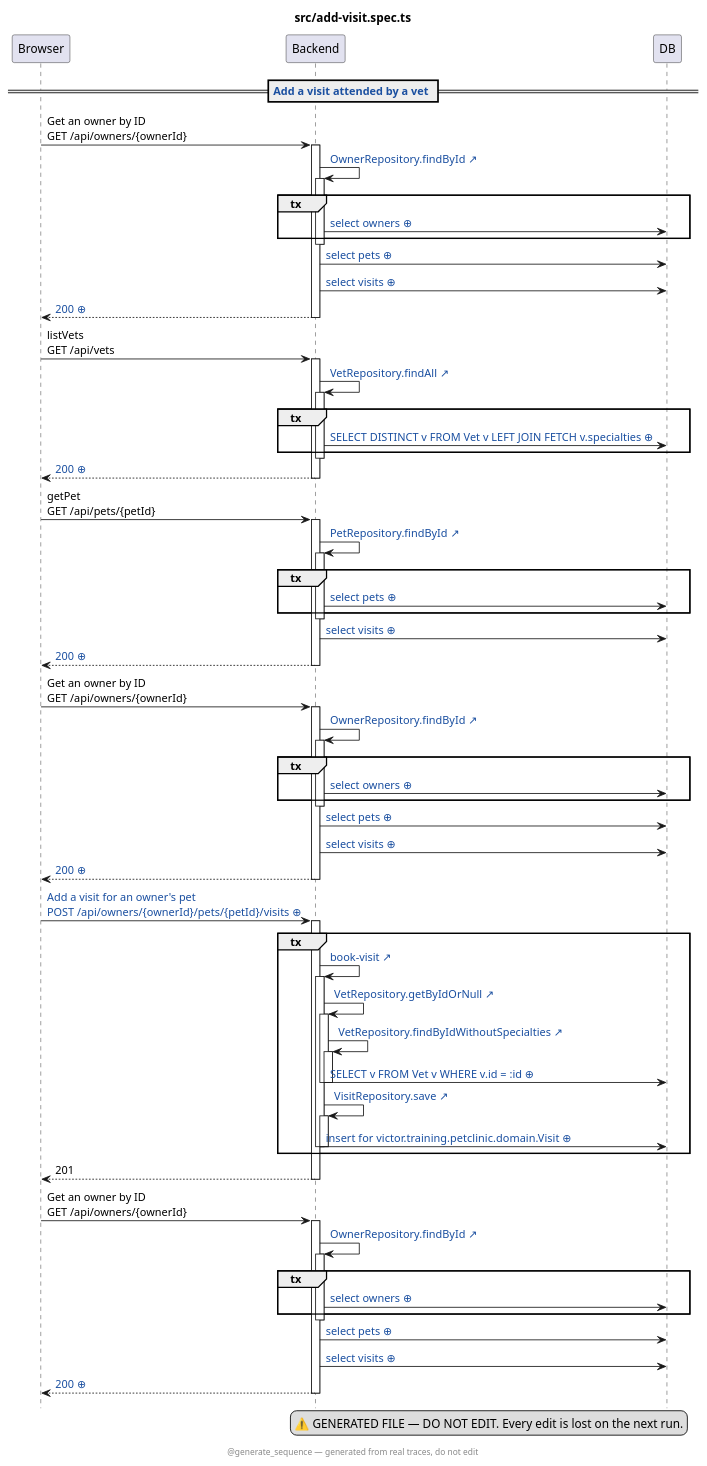
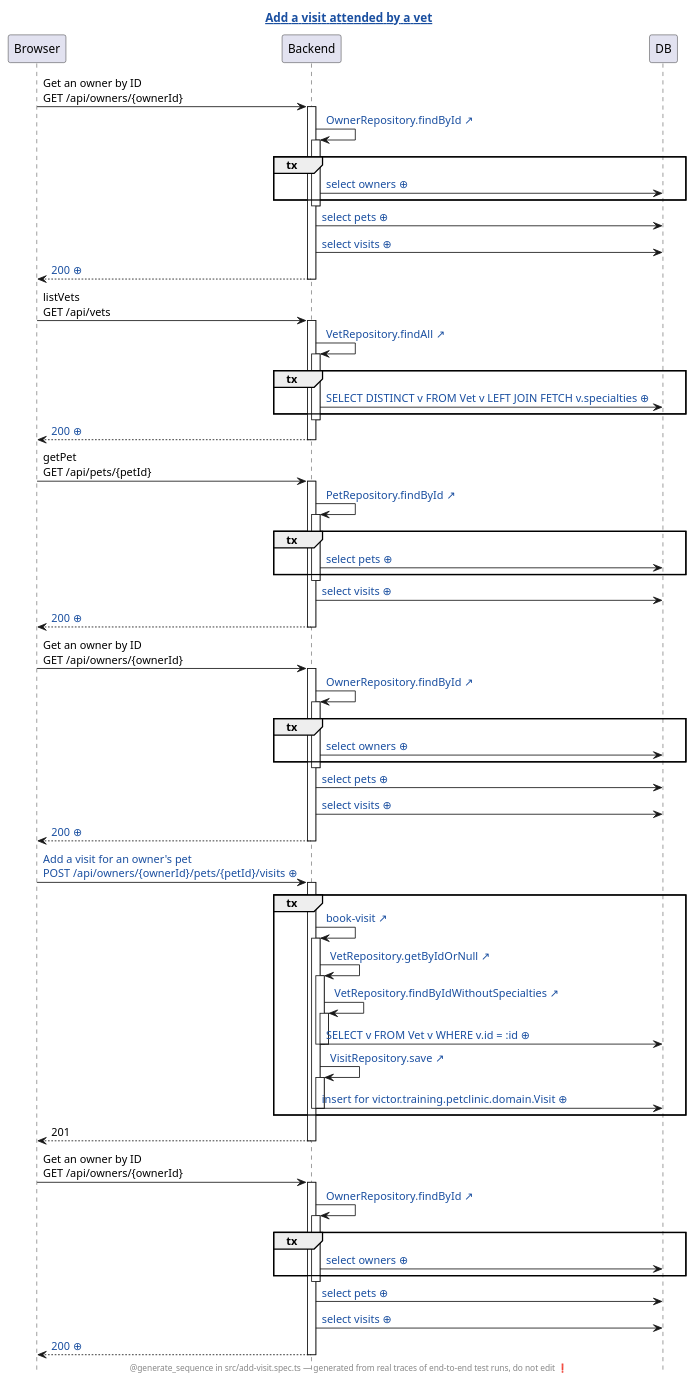
The diagram in petclinic-test/src/add-visit.spec.ts.add-a-visit-attended-by-a-vet.genseq.puml (kashann/petclinic), drawn with PlantUML before and after one commit. The commit also changed 11 other files, not shown here.

First line of the commit message:
genseq: the scenario names the picture, and @GenerateSequence marks one test

```diff
--- a/petclinic-test/src/add-visit.spec.ts.add-a-visit-attended-by-a-vet.genseq.puml
+++ b/petclinic-test/src/add-visit.spec.ts.add-a-visit-attended-by-a-vet.genseq.puml
@@ -1,92 +1,88 @@
 @startuml
 ' ⚠️  GENERATED FILE — DO NOT EDIT. Every edit is lost on the next run.
 hide footbox
 skinparam hyperlinkUnderline false
 skinparam hyperlinkColor #1A4FA0
-title src/add-visit.spec.ts
-legend right
-  ⚠️  GENERATED FILE — DO NOT EDIT. Every edit is lost on the next run.
-end legend
-footer @generate_sequence — generated from real traces, do not edit
+title [[src://petclinic-test/src/add-visit.spec.ts:52{Click to open the test} Add a visit attended by a vet]]
+footer @generate_sequence in src/add-visit.spec.ts — generated from real traces of end-to-end test runs, do not edit ❗
 participant Browser
 participant Backend
 participant DB
-== [[src://petclinic-test/src/add-visit.spec.ts:52{Click to open the test} Add a visit attended by a vet]] ==
 Browser -> Backend: Get an owner by ID\nGET /api/owners/{ownerId}
 activate Backend
 Backend -> Backend: [[src://petclinic-backend/src/main/java/victor/training/petclinic/repository/OwnerRepository.java:14{Click to open OwnerRepository.findById} OwnerRepository.findById ↗]]
 activate Backend
 group tx
 Backend -> DB: [[genseq://0totfe9{Click for the statement behind this call} select owners ⊕]]
 end
 deactivate Backend
 Backend -> DB: [[genseq://1hjadar{Click for the statement behind this call} select pets ⊕]]
 Backend -> DB: [[genseq://1bcshtp{Click for the statement behind this call} select visits ⊕]]
 Backend --> Browser: [[genseq://0ej9ixy{Click for this call’s JSON body} 200 ⊕]]
 deactivate Backend
 Browser -> Backend: listVets\nGET /api/vets
 activate Backend
 Backend -> Backend: [[src://petclinic-backend/src/main/java/victor/training/petclinic/repository/VetRepository.java:13{Click to open VetRepository.findAll} VetRepository.findAll ↗]]
 activate Backend
 group tx
 Backend -> DB: [[genseq://0p6yxbc{Click for the statement behind this call} SELECT DISTINCT v FROM Vet v LEFT JOIN FETCH v.specialties ⊕]]
 end
 deactivate Backend
 Backend --> Browser: [[genseq://1nmg2oo{Click for this call’s JSON body} 200 ⊕]]
 deactivate Backend
 Browser -> Backend: getPet\nGET /api/pets/{petId}
 activate Backend
 Backend -> Backend: [[src://petclinic-backend/src/main/java/victor/training/petclinic/repository/PetRepository.java:16{Click to open PetRepository.findById} PetRepository.findById ↗]]
 activate Backend
 group tx
 Backend -> DB: [[genseq://0jw0huv{Click for the statement behind this call} select pets ⊕]]
 end
 deactivate Backend
 Backend -> DB: [[genseq://1bcshtp{Click for the statement behind this call} select visits ⊕]]
 Backend --> Browser: [[genseq://042b6zc{Click for this call’s JSON body} 200 ⊕]]
 deactivate Backend
 Browser -> Backend: Get an owner by ID\nGET /api/owners/{ownerId}
 activate Backend
 Backend -> Backend: [[src://petclinic-backend/src/main/java/victor/training/petclinic/repository/OwnerRepository.java:14{Click to open OwnerRepository.findById} OwnerRepository.findById ↗]]
 activate Backend
 group tx
 Backend -> DB: [[genseq://0totfe9{Click for the statement behind this call} select owners ⊕]]
 end
 deactivate Backend
 Backend -> DB: [[genseq://1hjadar{Click for the statement behind this call} select pets ⊕]]
 Backend -> DB: [[genseq://1bcshtp{Click for the statement behind this call} select visits ⊕]]
 Backend --> Browser: [[genseq://0ej9ixy{Click for this call’s JSON body} 200 ⊕]]
 deactivate Backend
 Browser -> Backend: [[genseq://0qldusl{Click for this call’s JSON body} Add a visit for an owner's pet\nPOST /api/owners/{ownerId}/pets/{petId}/visits ⊕]]
 activate Backend
 group tx
 Backend -> Backend: [[src://petclinic-backend/src/main/java/victor/training/petclinic/rest/OwnerRestController.java:193{Click to open OwnerRestController.bookVisit} book-visit ↗]]
 activate Backend
 Backend -> Backend: [[src://petclinic-backend/src/main/java/victor/training/petclinic/repository/VetRepository.java:29{Click to open VetRepository.getByIdOrNull} VetRepository.getByIdOrNull ↗]]
 activate Backend
 Backend -> Backend: [[src://petclinic-backend/src/main/java/victor/training/petclinic/repository/VetRepository.java:20{Click to open VetRepository.findByIdWithoutSpecialties} VetRepository.findByIdWithoutSpecialties ↗]]
 activate Backend
 Backend -> DB: [[genseq://0exss5m{Click for the statement behind this call} SELECT v FROM Vet v WHERE v.id = :id ⊕]]
 deactivate Backend
 deactivate Backend
 Backend -> Backend: [[src://petclinic-backend/src/main/java/victor/training/petclinic/repository/VisitRepository.java:14{Click to open VisitRepository.save} VisitRepository.save ↗]]
 activate Backend
 Backend -> DB: [[genseq://1xwkmut{Click for the statement behind this call} insert for victor.training.petclinic.domain.Visit ⊕]]
 deactivate Backend
 deactivate Backend
 end
 Backend --> Browser: 201
 deactivate Backend
 Browser -> Backend: Get an owner by ID\nGET /api/owners/{ownerId}
 activate Backend
 Backend -> Backend: [[src://petclinic-backend/src/main/java/victor/training/petclinic/repository/OwnerRepository.java:14{Click to open OwnerRepository.findById} OwnerRepository.findById ↗]]
 activate Backend
 group tx
 Backend -> DB: [[genseq://0totfe9{Click for the statement behind this call} select owners ⊕]]
 end
 deactivate Backend
 Backend -> DB: [[genseq://1hjadar{Click for the statement behind this call} select pets ⊕]]
 Backend -> DB: [[genseq://1bcshtp{Click for the statement behind this call} select visits ⊕]]
 Backend --> Browser: [[genseq://13rmoxo{Click for this call’s JSON body} 200 ⊕]]
 deactivate Backend
 @enduml
```
